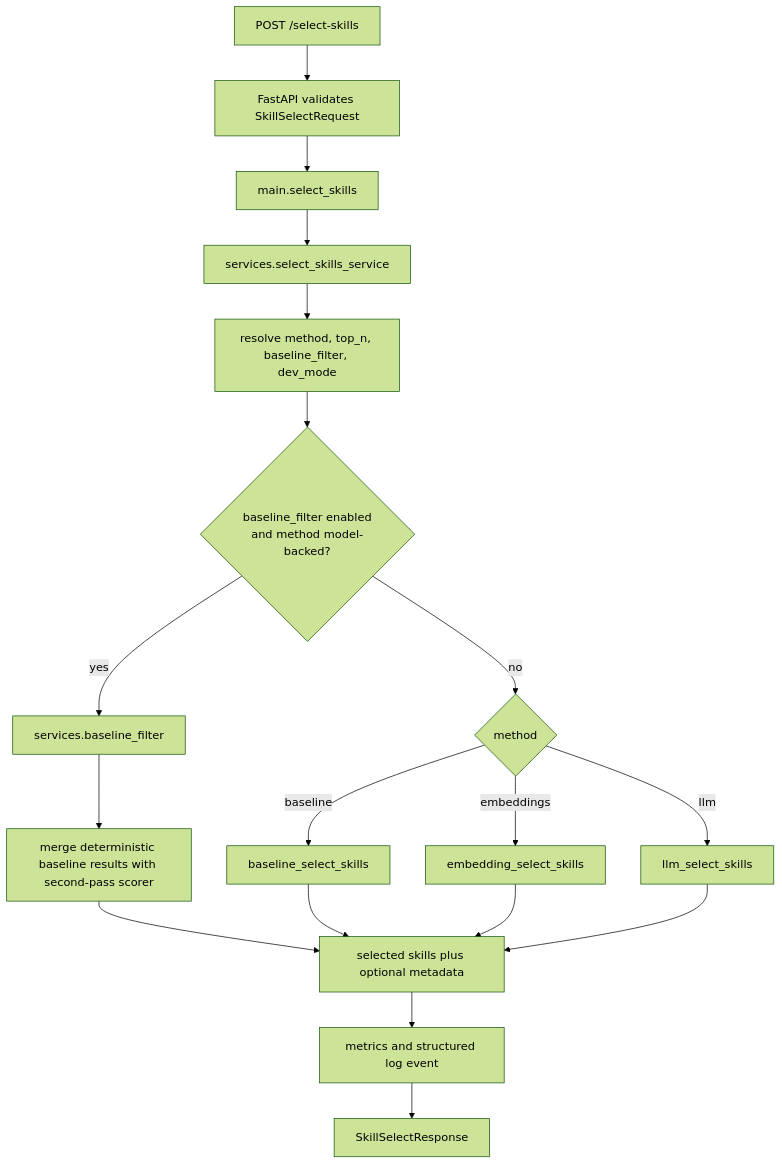
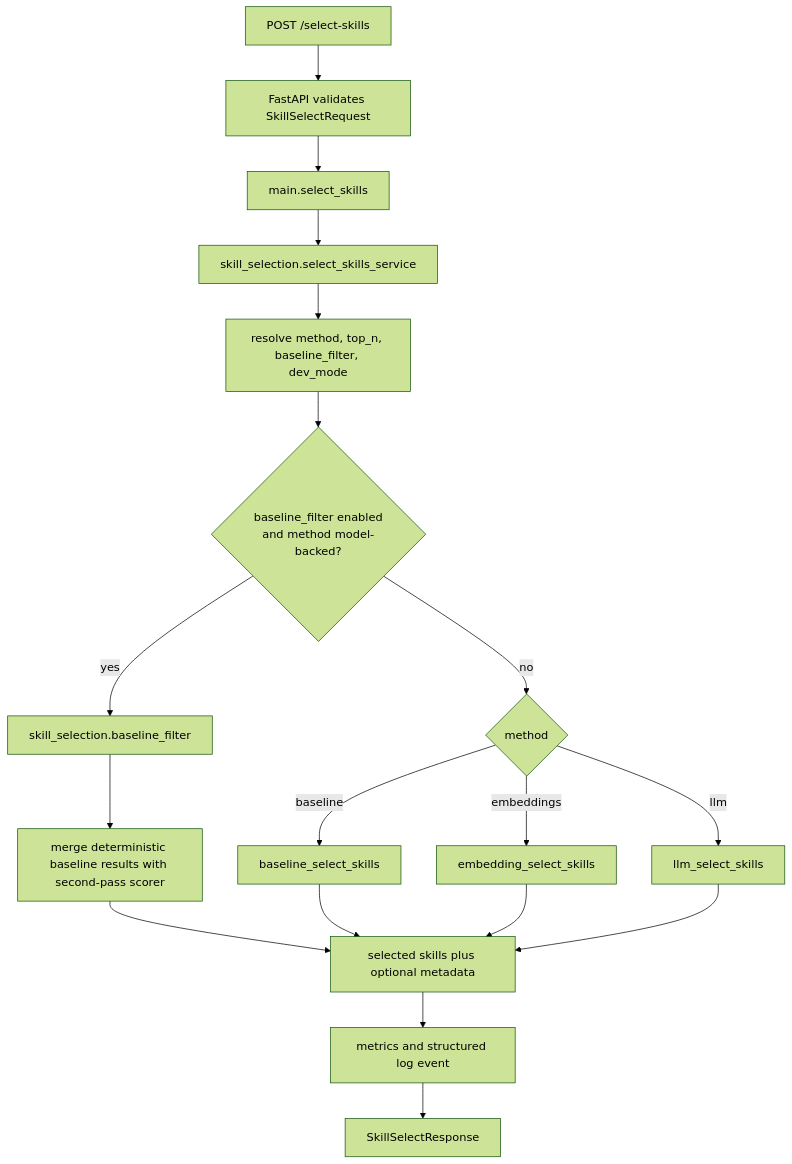
Before and after one commit to namerror/JobForge: the second of 3 diagrams in docs/architecture-overview.md, drawn with Mermaid (forest theme). The commit also changed other lines of this file and 72 other files, not shown here.

````diff
--- a/docs/architecture-overview.md
+++ b/docs/architecture-overview.md
@@ -128,20 +104,20 @@
 ```mermaid
 flowchart TD
     A[POST /select-skills] --> B[FastAPI validates SkillSelectRequest]
     B --> C[main.select_skills]
-    C --> D[services.select_skills_service]
+    C --> D[skill_selection.select_skills_service]
     D --> E[resolve method, top_n, baseline_filter, dev_mode]
     E --> F{baseline_filter enabled<br>and method model-backed?}
-    F -- yes --> G[services.baseline_filter]
+    F -- yes --> G[skill_selection.baseline_filter]
     F -- no --> H{method}
     G --> I[merge deterministic baseline results with second-pass scorer]
     H -- baseline --> J[baseline_select_skills]
     H -- embeddings --> K[embedding_select_skills]
     H -- llm --> L[llm_select_skills]
     I --> M[selected skills plus optional metadata]
     J --> M
     K --> M
     L --> M
     M --> N[metrics and structured log event]
     N --> O[SkillSelectResponse]
 ```
````
